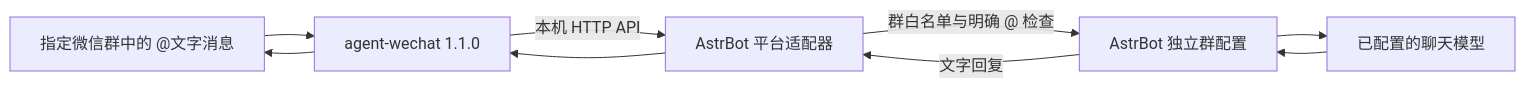
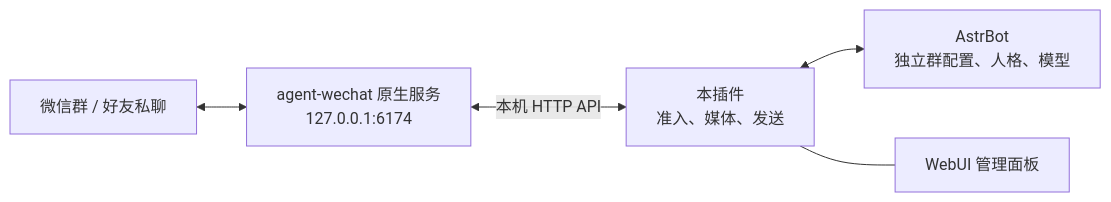
Before and after one commit to qch7/astrbot-for-personal-wechat: the diagram in README.md, drawn with Mermaid. The commit also changed other lines of this file and 5 other files, not shown here.

````diff
--- a/README.md
+++ b/README.md
@@ -28,11 +44,7 @@
 ```mermaid
 flowchart LR
-    A[指定微信群中的 @文字消息] --> B[agent-wechat 1.1.0]
-    B -->|本机 HTTP API| C[AstrBot 平台适配器]
-    C -->|群白名单与明确 @ 检查| D[AstrBot 独立群配置]
-    D --> E[已配置的聊天模型]
-    E --> D
-    D -->|文字回复| C
-    C --> B
-    B --> A
+    W[微信群 / 好友私聊] <--> B[agent-wechat 原生服务<br/>127.0.0.1:6174]
+    B <-->|本机 HTTP API| P[本插件<br/>准入、媒体、发送]
+    P <--> A[AstrBot<br/>独立群配置、人格、模型]
+    P --- UI[WebUI 管理面板]
 ```
````
